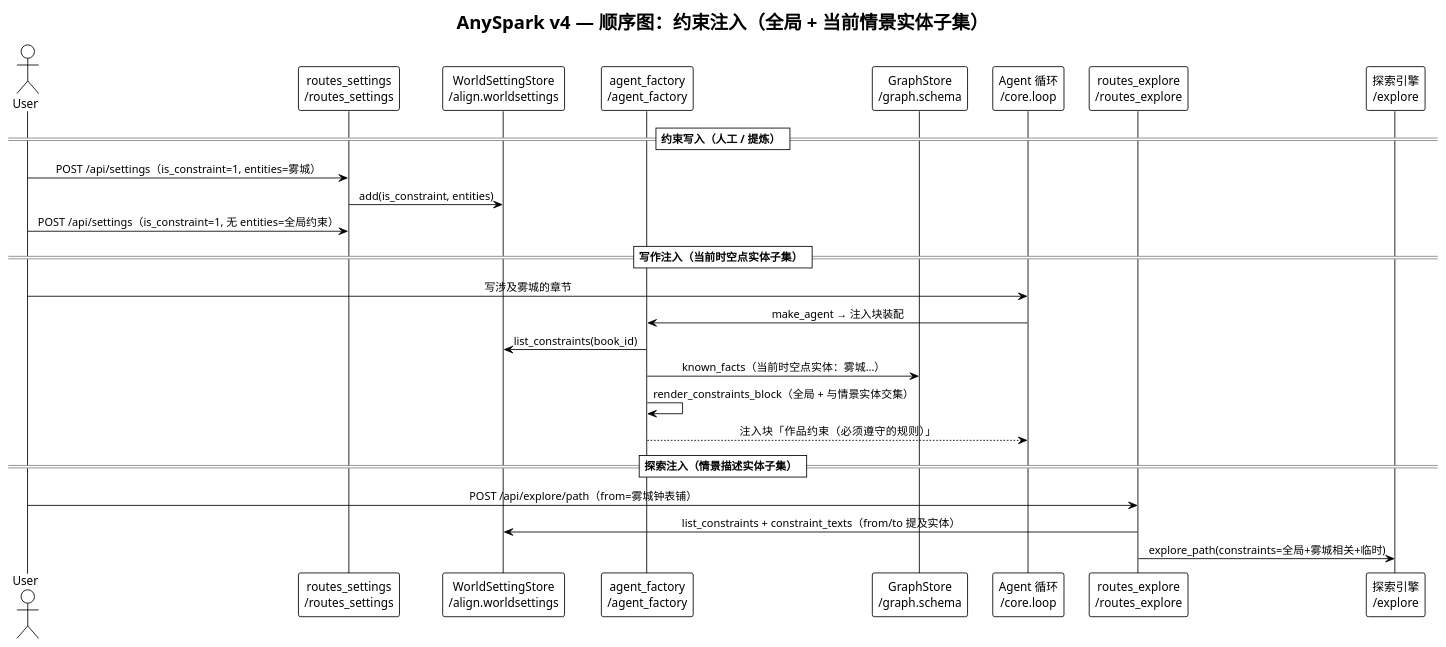
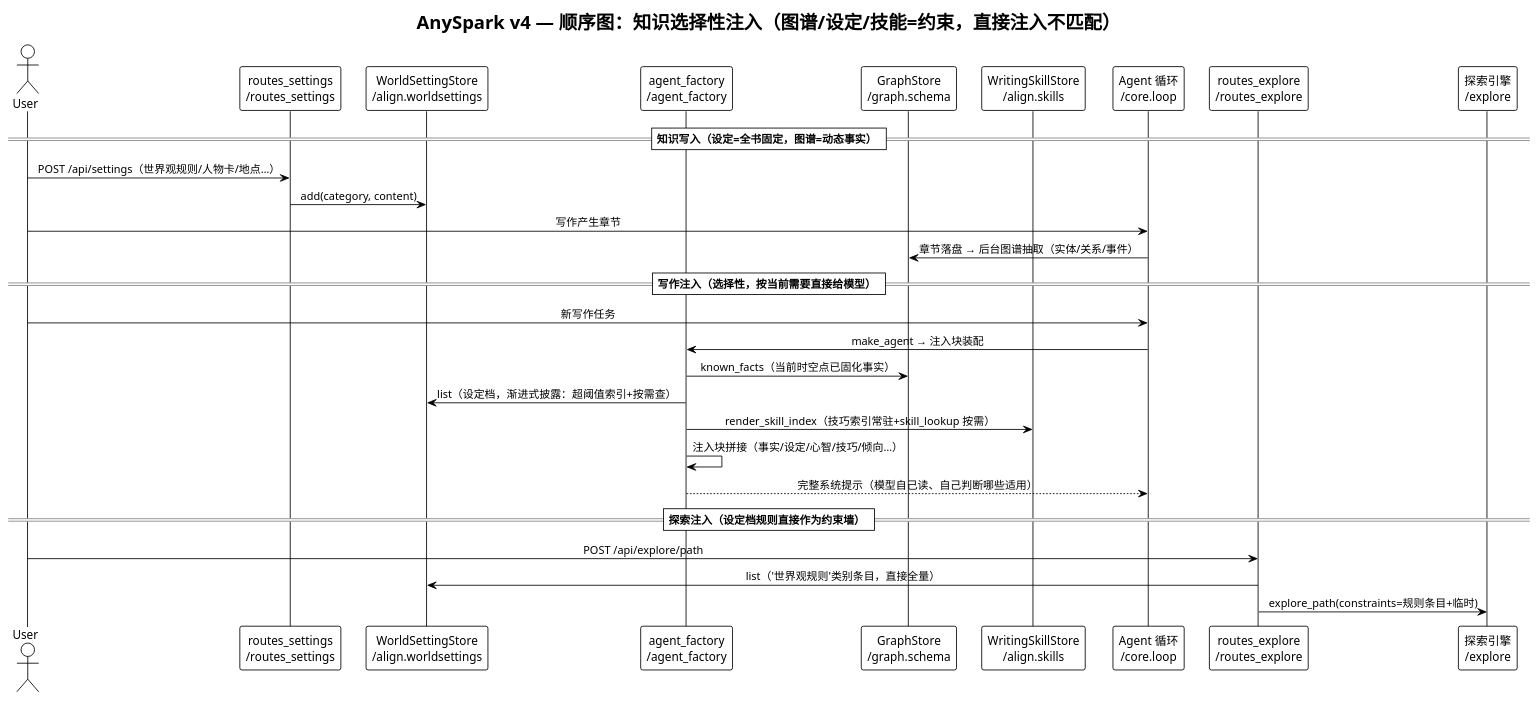
One commit to Mikexujunrui/AnySpark changed the diagram in docs/uml/sequence_constraints.puml. Above: the diagram before and after it, drawn with PlantUML. The commit also changed 3 other files, not shown here.

Commit message:
S85b: 文档同步——约束归零后的知识注入图 + BACKEND-MAP/PROGRESS 更新

```diff
--- a/docs/uml/sequence_constraints.puml
+++ b/docs/uml/sequence_constraints.puml
@@ -1,33 +1,36 @@
-@startuml AnySpark v4 - Sequence: 约束机制（S83）
+@startuml AnySpark v4 - Sequence: 知识选择性注入（S85 约束归零）
 !theme plain
-title AnySpark v4 — 顺序图：约束注入（全局 + 当前情景实体子集）
+title AnySpark v4 — 顺序图：知识选择性注入（图谱/设定/技能=约束，直接注入不匹配）
 skinparam sequenceMessageAlign center
 skinparam responseMessageBelowArrow true
 
 actor User
 participant "routes_settings\n/routes_settings" as S
 participant "WorldSettingStore\n/align.worldsettings" as WS
 participant "agent_factory\n/agent_factory" as AF
 participant "GraphStore\n/graph.schema" as GS
+participant "WritingSkillStore\n/align.skills" as SK
 participant "Agent 循环\n/core.loop" as Agent
 participant "routes_explore\n/routes_explore" as EX
 participant "探索引擎\n/explore" as Exp
 
-== 约束写入（人工 / 提炼） ==
-User -> S: POST /api/settings（is_constraint=1, entities=雾城）
-S -> WS: add(is_constraint, entities)
-User -> S: POST /api/settings（is_constraint=1, 无 entities=全局约束）
+== 知识写入（设定=全书固定，图谱=动态事实） ==
+User -> S: POST /api/settings（世界观规则/人物卡/地点…）
+S -> WS: add(category, content)
+User -> Agent: 写作产生章节
+Agent -> GS: 章节落盘 → 后台图谱抽取（实体/关系/事件）
 
-== 写作注入（当前时空点实体子集） ==
-User -> Agent: 写涉及雾城的章节
+== 写作注入（选择性，按当前需要直接给模型） ==
+User -> Agent: 新写作任务
 Agent -> AF: make_agent → 注入块装配
-AF -> WS: list_constraints(book_id)
-AF -> GS: known_facts（当前时空点实体：雾城…）
-AF -> AF: render_constraints_block（全局 + 与情景实体交集）
-AF --> Agent: 注入块「作品约束（必须遵守的规则）」
+AF -> GS: known_facts（当前时空点已固化事实）
+AF -> WS: list（设定档，渐进式披露：超阈值索引+按需查）
+AF -> SK: render_skill_index（技巧索引常驻+skill_lookup 按需）
+AF -> AF: 注入块拼接（事实/设定/心智/技巧/倾向…）
+AF --> Agent: 完整系统提示（模型自己读、自己判断哪些适用）
 
-== 探索注入（情景描述实体子集） ==
-User -> EX: POST /api/explore/path（from=雾城钟表铺）
-EX -> WS: list_constraints + constraint_texts（from/to 提及实体）
-EX -> Exp: explore_path(constraints=全局+雾城相关+临时)
+== 探索注入（设定档规则直接作为约束墙） ==
+User -> EX: POST /api/explore/path
+EX -> WS: list（'世界观规则'类别条目，直接全量）
+EX -> Exp: explore_path(constraints=规则条目+临时)
 @enduml
```
